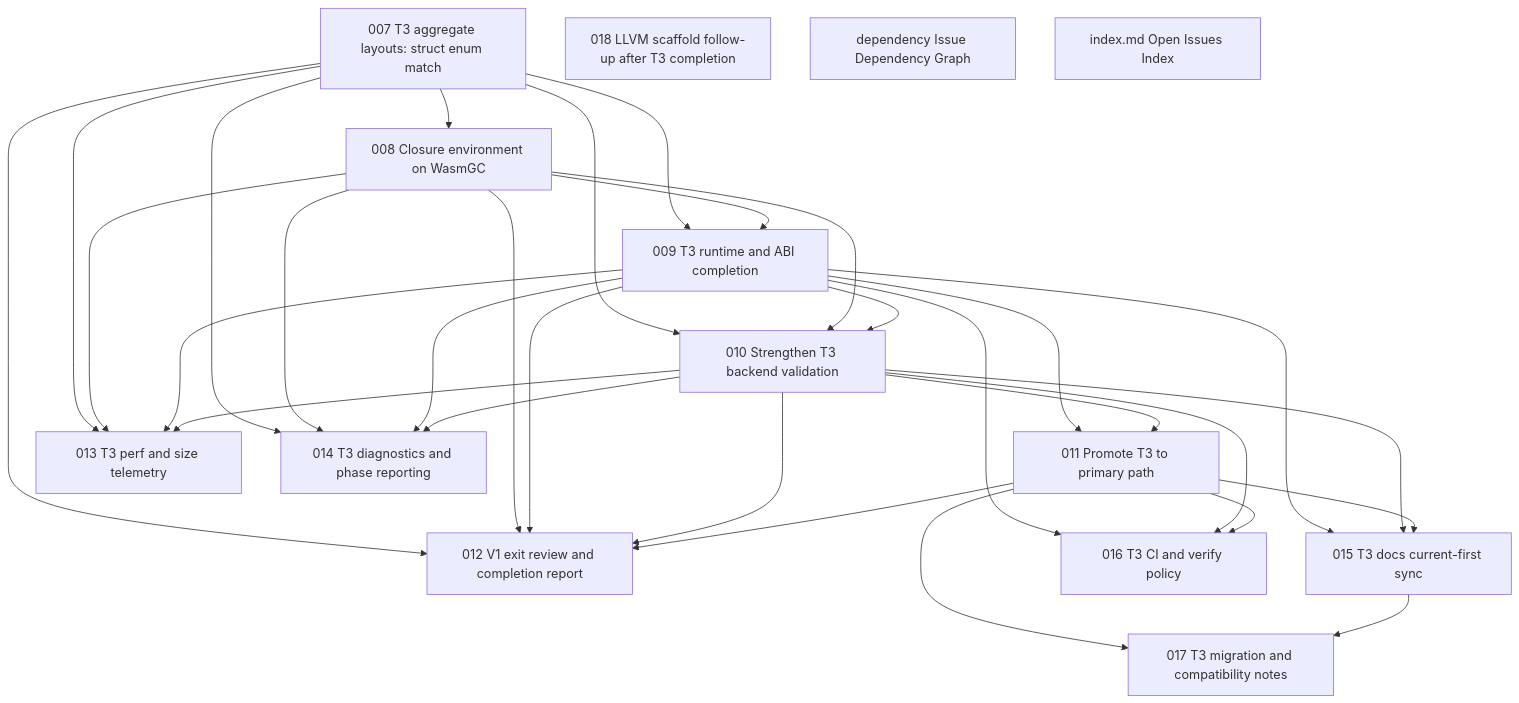
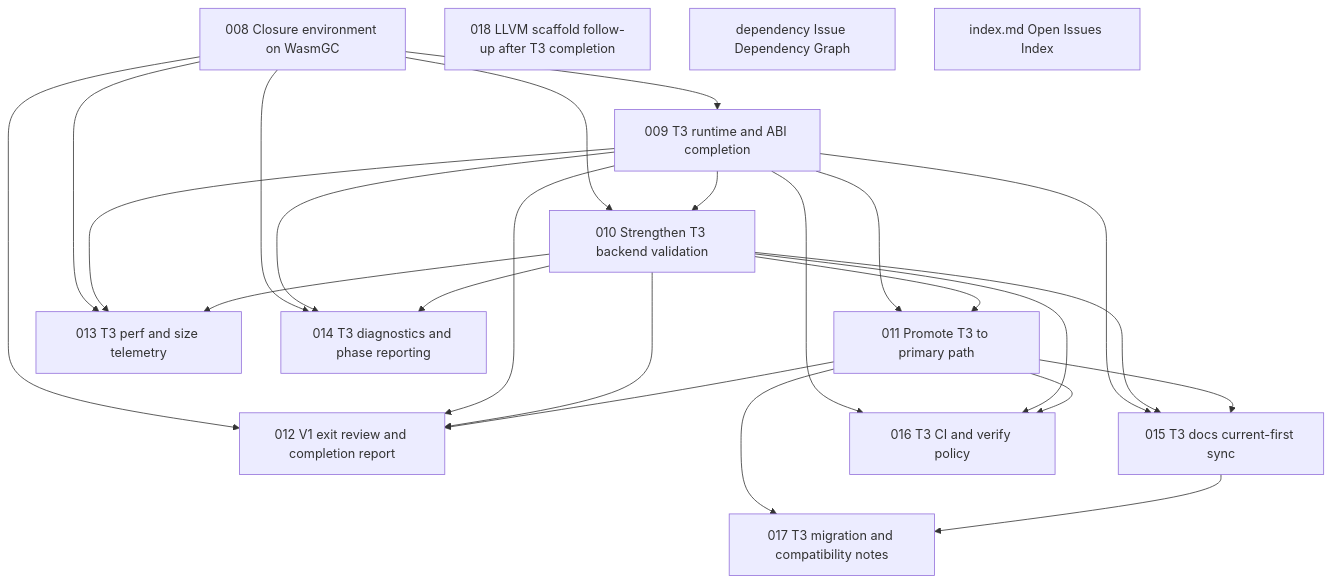
Before and after one commit to wogikaze/arukellt: the diagram in issues/open/dependency-graph.md, drawn with Mermaid. The commit also changed other lines of this file and 3 other files, not shown here.

First line of the commit message:
007: T3 aggregate layouts verified — struct/enum/match all compile

````diff
--- a/issues/open/dependency-graph.md
+++ b/issues/open/dependency-graph.md
@@ -7,46 +7,39 @@
 ```mermaid
 graph TD
-  I007["007 T3 aggregate layouts: struct enum match"]
+  I008["008 Closure environment on WasmGC"]
   I018["018 LLVM scaffold follow-up after T3 completion"]
   Idependency["dependency Issue Dependency Graph"]
   Iindex.md["index.md Open Issues Index"]
-  I008["008 Closure environment on WasmGC"]
   I009["009 T3 runtime and ABI completion"]
   I010["010 Strengthen T3 backend validation"]
   I011["011 Promote T3 to primary path"]
   I013["013 T3 perf and size telemetry"]
   I014["014 T3 diagnostics and phase reporting"]
   I012["012 V1 exit review and completion report"]
   I015["015 T3 docs current-first sync"]
   I016["016 T3 CI and verify policy"]
   I017["017 T3 migration and compatibility notes"]
-  I007 --> I008
-  I007 --> I009
   I008 --> I009
-  I007 --> I010
   I008 --> I010
   I009 --> I010
   I009 --> I011
   I010 --> I011
-  I007 --> I013
   I008 --> I013
   I009 --> I013
   I010 --> I013
-  I007 --> I014
   I008 --> I014
   I009 --> I014
   I010 --> I014
-  I007 --> I012
   I008 --> I012
   I009 --> I012
   I010 --> I012
   I011 --> I012
   I009 --> I015
   I010 --> I015
   I011 --> I015
   I009 --> I016
   I010 --> I016
   I011 --> I016
   I011 --> I017
   I015 --> I017
 ```
````
